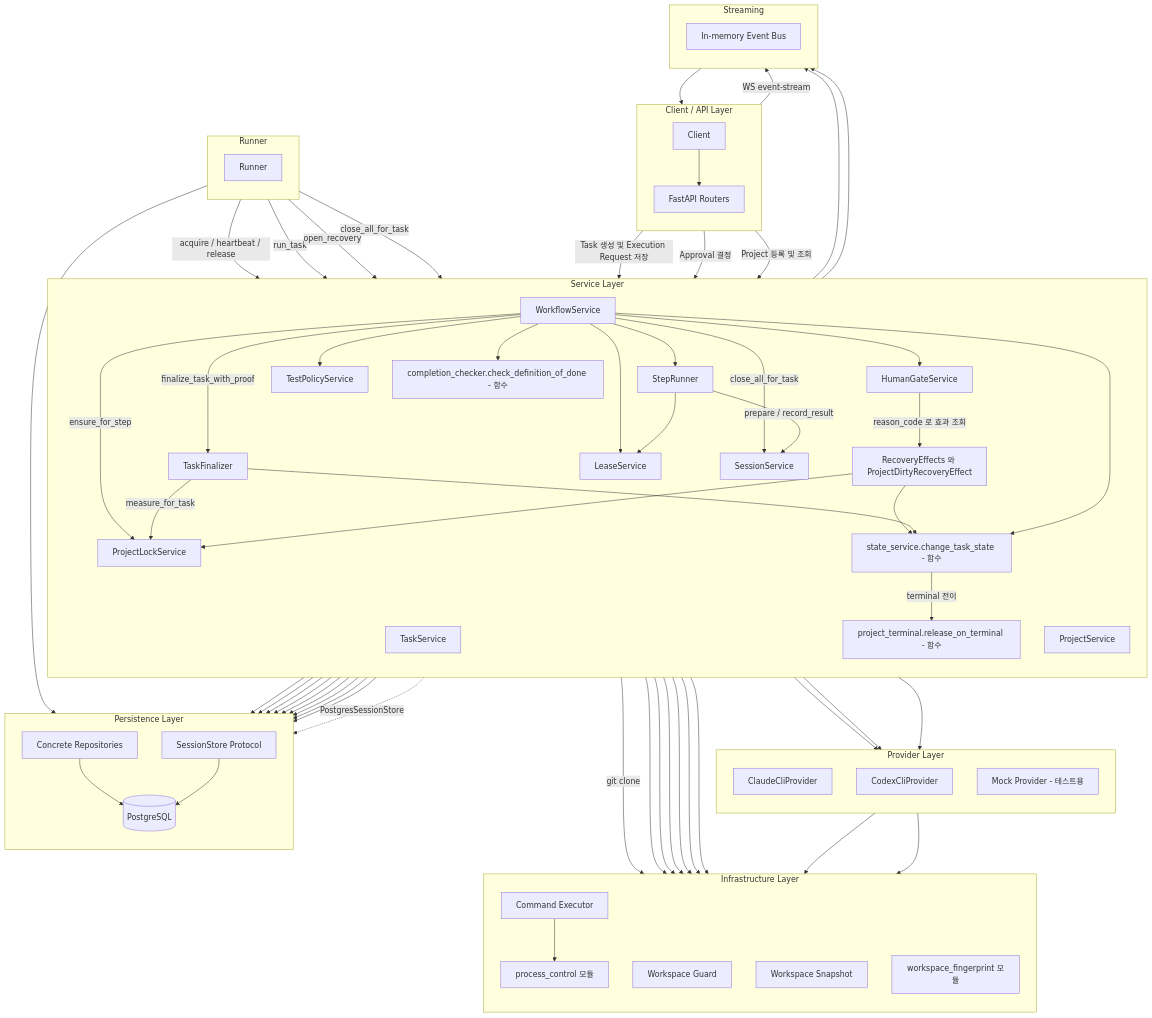
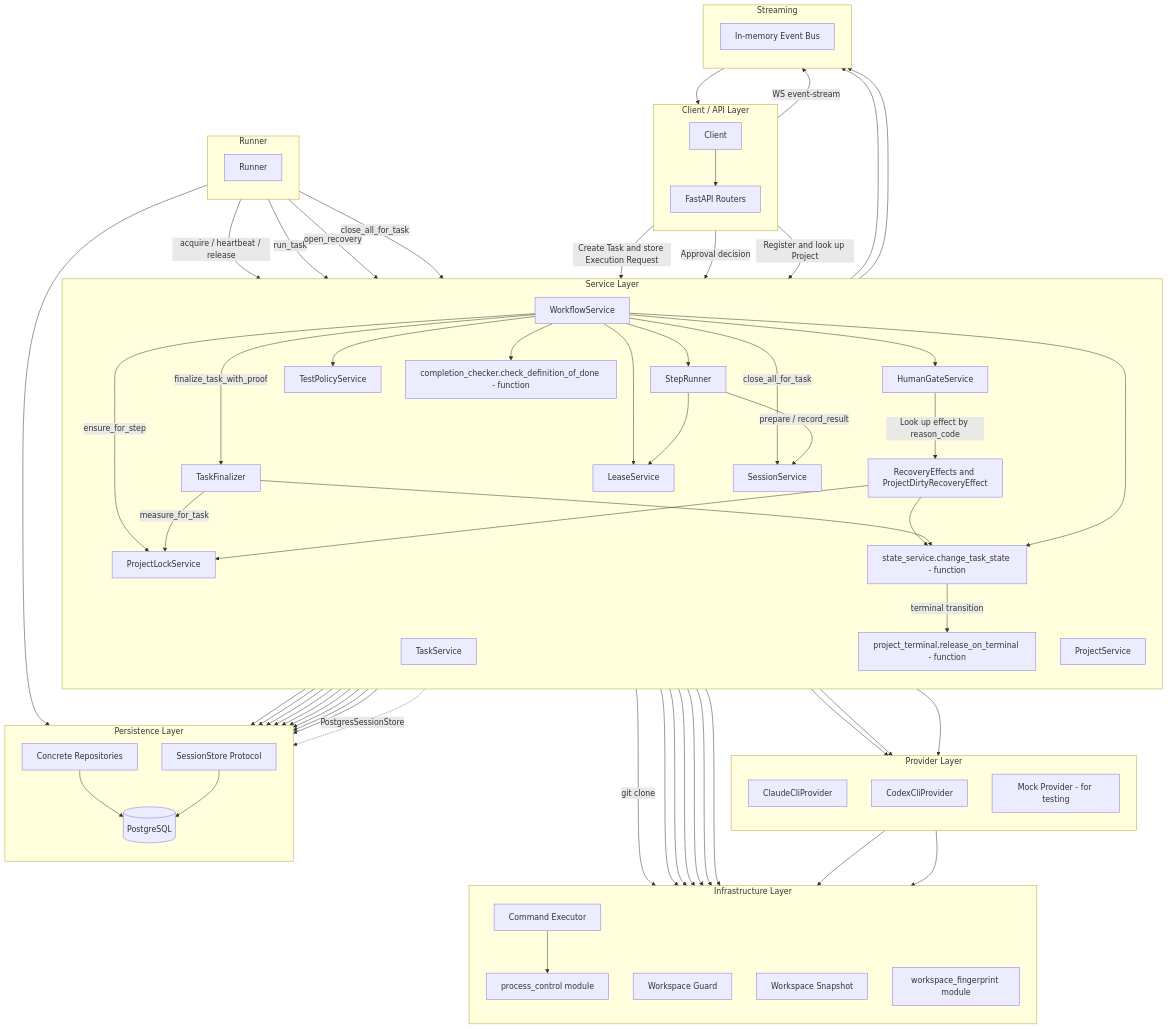
Before and after one commit to mdgome/orchestra-ai: the diagram in docs/workflow/02-architecture.md, drawn with Mermaid. The commit also changed other lines of this file and 31 other files, not shown here.

```diff
--- a/docs/workflow/02-architecture.md
+++ b/docs/workflow/02-architecture.md
@@ -28,29 +30,29 @@
         STEP["StepRunner"]
         SESSION["SessionService"]
         TEST["TestPolicyService"]
-        COMPLETE["completion_checker.check_definition_of_done - 함수"]
+        COMPLETE["completion_checker.check_definition_of_done - function"]
         PROJ["ProjectService"]
         LOCK["ProjectLockService"]
         FIN["TaskFinalizer"]
-        EFFECTS["RecoveryEffects 와 ProjectDirtyRecoveryEffect"]
-        PTERM["project_terminal.release_on_terminal - 함수"]
-        STATE["state_service.change_task_state - 함수"]
+        EFFECTS["RecoveryEffects and ProjectDirtyRecoveryEffect"]
+        PTERM["project_terminal.release_on_terminal - function"]
+        STATE["state_service.change_task_state - function"]
     end
 
     subgraph PROVIDERS["Provider Layer"]
         direction TB
         CLAUDE["ClaudeCliProvider"]
         CODEX["CodexCliProvider"]
-        MOCK["Mock Provider - 테스트용"]
+        MOCK["Mock Provider - for testing"]
     end
 
     subgraph INFRA["Infrastructure Layer"]
         direction TB
         EXEC["Command Executor"]
-        PROC["process_control 모듈"]
+        PROC["process_control module"]
         GUARD["Workspace Guard"]
         SNAP["Workspace Snapshot"]
-        FPRINT["workspace_fingerprint 모듈"]
+        FPRINT["workspace_fingerprint module"]
     end
 
     subgraph DATA["Persistence Layer"]
@@ -66,9 +68,9 @@
     end
 
     USER --> API
-    API -->|"Task 생성 및 Execution Request 저장"| TASK
-    API -->|"Approval 결정"| GATE
-    API -->|"Project 등록 및 조회"| PROJ
+    API -->|"Create Task and store Execution Request"| TASK
+    API -->|"Approval decision"| GATE
+    API -->|"Register and look up Project"| PROJ
     PROJ -->|"git clone"| EXEC
     PROJ --> FPRINT
     PROJ --> REPO
@@ -77,12 +79,12 @@
     FIN -->|"measure_for_task"| LOCK
     LOCK --> FPRINT
     LOCK --> REPO
-    GATE -->|"reason_code 로 효과 조회"| EFFECTS
+    GATE -->|"Look up effect by reason_code"| EFFECTS
     EFFECTS --> LOCK
     EFFECTS --> STATE
     FIN --> STATE
     WF --> STATE
-    STATE -->|"terminal 전이"| PTERM
+    STATE -->|"terminal transition"| PTERM
     PTERM --> REPO
     RUNNER -->|"acquire / heartbeat / release"| LEASE
     RUNNER -->|"run_task"| WF
```
